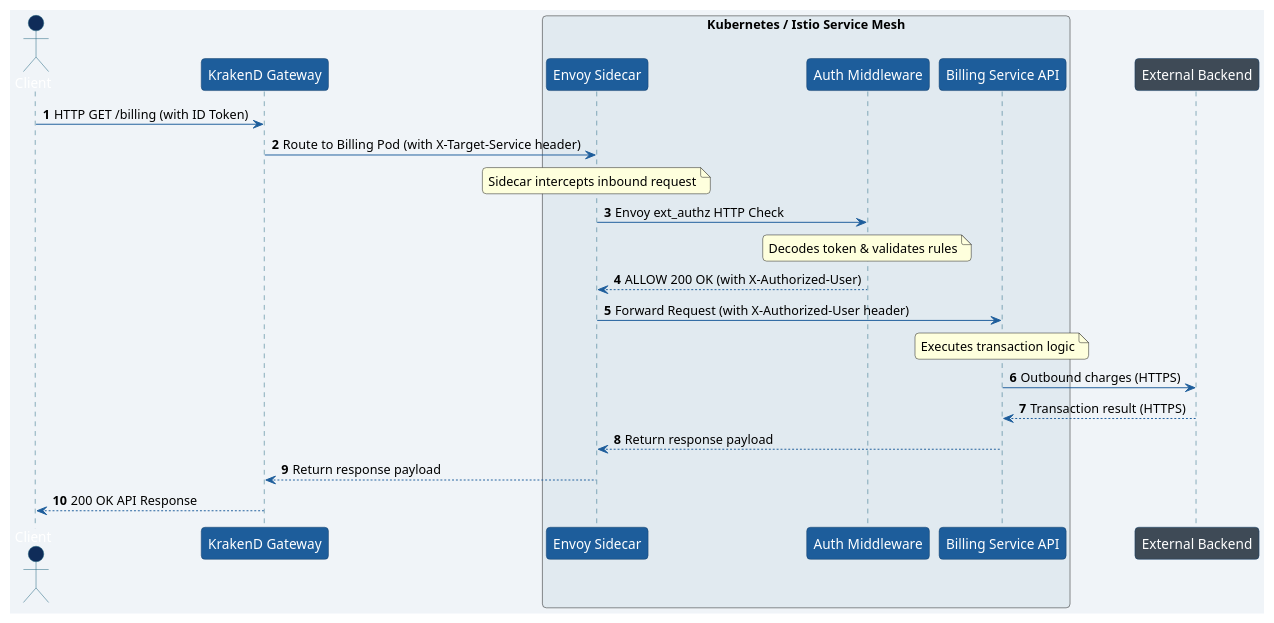
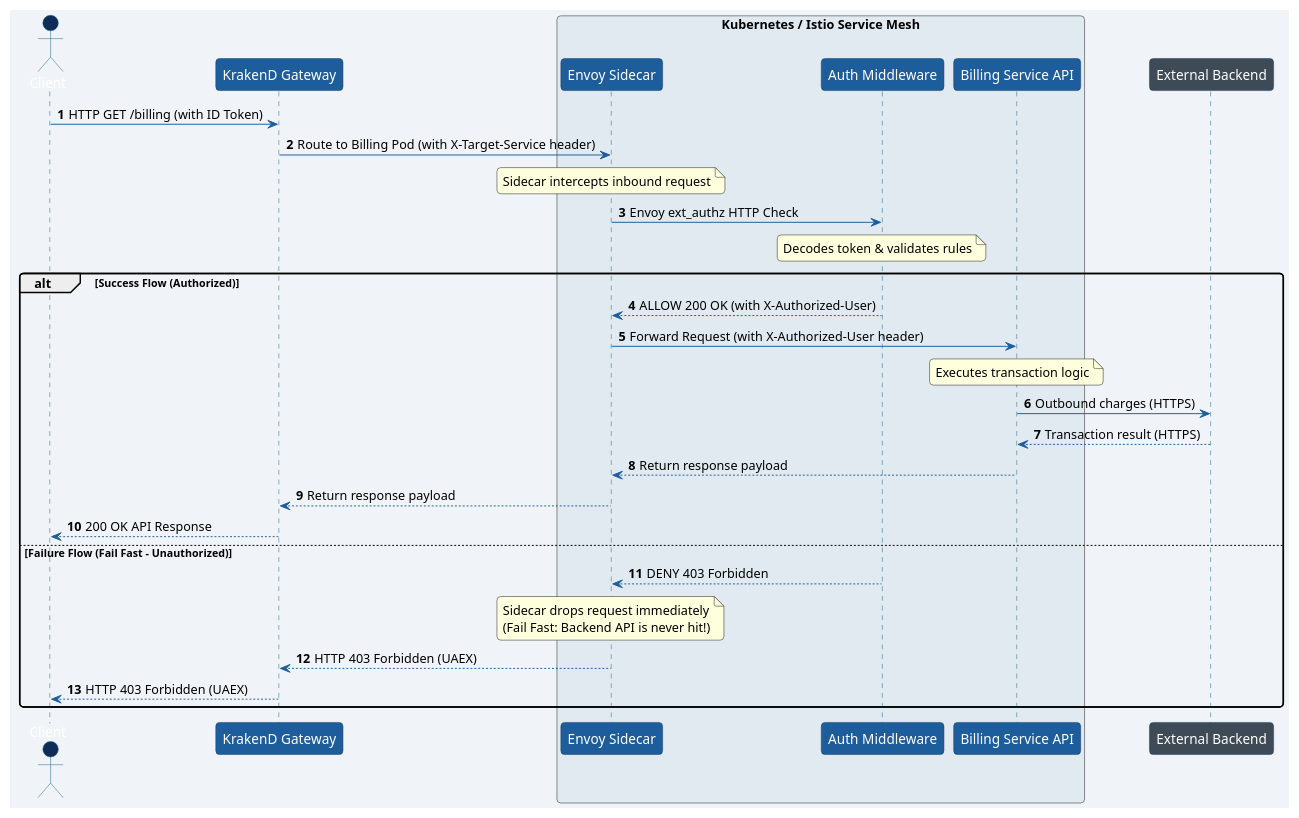
One commit to kiquetal/kiquetal.github.io changed the diagram in public/blog/2026-08-08-auth-ext-middleware/request-flow.puml. Above: the diagram before and after it, drawn with PlantUML. The commit also changed 1 other file, not shown here.

Commit message:
docs: update request-flow sequence diagram with alternative fail-fast path

```diff
--- a/public/blog/2026-08-08-auth-ext-middleware/request-flow.puml
+++ b/public/blog/2026-08-08-auth-ext-middleware/request-flow.puml
@@ -1,45 +1,53 @@
 @startuml
 skinparam backgroundcolor #F0F4F8
 skinparam DefaultFontName "Courier New"
 skinparam RoundCorner 8
 
 skinparam sequence {
     ArrowColor #1D5D9B
     LifeLineBorderColor #1A5F7A
     LifeLineBackgroundColor #F0F4F8
     
     ParticipantBackgroundColor #1D5D9B
     ParticipantFontColor #FFFFFF
     ParticipantBorderColor #143F6B
     
     ActorBackgroundColor #0F2C59
     ActorFontColor #FFFFFF
     ActorBorderColor #1A5F7A
 }
 
 actor Client as "Client" #0F2C59
 participant "KrakenD Gateway" as Gateway
 box "Kubernetes / Istio Service Mesh" #E1EAF0
     participant "Envoy Sidecar" as Sidecar
     participant "Auth Middleware" as Middleware
     participant "Billing Service API" as Backend
 end box
 participant "External Backend" as ExtBackend #3E4A56
 
 autonumber
 
 Client -> Gateway: HTTP GET /billing (with ID Token)
 Gateway -> Sidecar: Route to Billing Pod (with X-Target-Service header)
 note over Sidecar: Sidecar intercepts inbound request
 Sidecar -> Middleware: Envoy ext_authz HTTP Check
 note over Middleware: Decodes token & validates rules
-Middleware --> Sidecar: ALLOW 200 OK (with X-Authorized-User)
-Sidecar -> Backend: Forward Request (with X-Authorized-User header)
-note over Backend: Executes transaction logic
-Backend -> ExtBackend: Outbound charges (HTTPS)
-ExtBackend --> Backend: Transaction result (HTTPS)
-Backend --> Sidecar: Return response payload
-Sidecar --> Gateway: Return response payload
-Gateway --> Client: 200 OK API Response
+
+alt Success Flow (Authorized)
+    Middleware --> Sidecar: ALLOW 200 OK (with X-Authorized-User)
+    Sidecar -> Backend: Forward Request (with X-Authorized-User header)
+    note over Backend: Executes transaction logic
+    Backend -> ExtBackend: Outbound charges (HTTPS)
+    ExtBackend --> Backend: Transaction result (HTTPS)
+    Backend --> Sidecar: Return response payload
+    Sidecar --> Gateway: Return response payload
+    Gateway --> Client: 200 OK API Response
+else Failure Flow (Fail Fast - Unauthorized)
+    Middleware --> Sidecar: DENY 403 Forbidden
+    note over Sidecar: Sidecar drops request immediately\n(Fail Fast: Backend API is never hit!)
+    Sidecar --> Gateway: HTTP 403 Forbidden (UAEX)
+    Gateway --> Client: HTTP 403 Forbidden (UAEX)
+end
 
 @enduml
```
